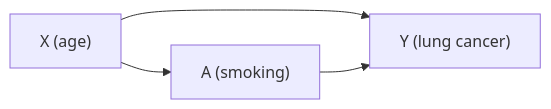
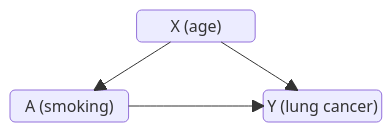
The diagram in .github/PULL_REQUEST_TEMPLATE/real-data.md (Statsinference/Statistical-Intelligence-Arena), drawn with Mermaid before and after one commit. The commit also changed 10 other files, not shown here.

Commit message:
Use triangular causal diagrams and define structural symbols

````diff
--- a/.github/PULL_REQUEST_TEMPLATE/real-data.md
+++ b/.github/PULL_REQUEST_TEMPLATE/real-data.md
@@ -15,6 +15,10 @@
 ```mermaid
-flowchart LR
-    X["X (age)"] --> A["A (smoking)"]
-    X --> Y["Y (lung cancer)"]
-    A --> Y
+block-beta
+  columns 3
+  space X("X (age)") space
+  space:3
+  A("A (smoking)") space Y("Y (lung cancer)")
+  A --> Y
+  X --> Y
+  X --> A
 ```
````
